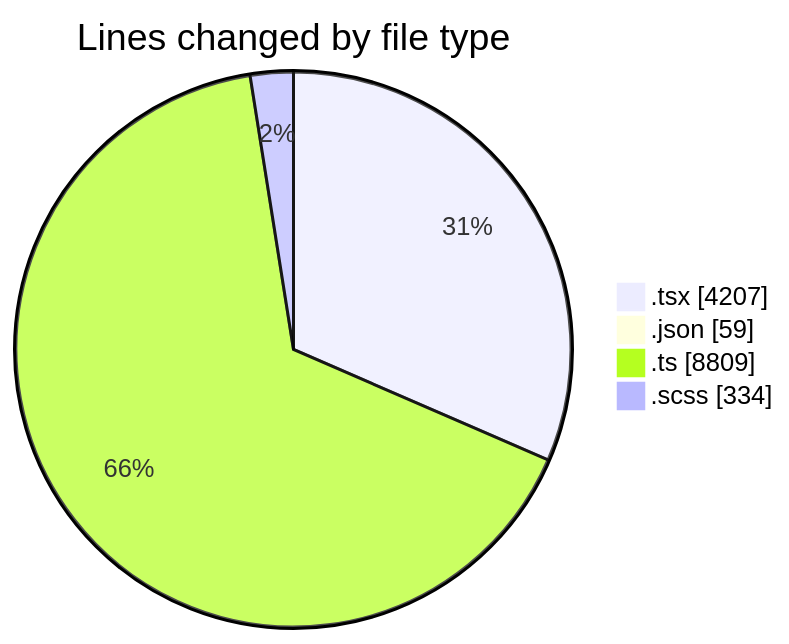
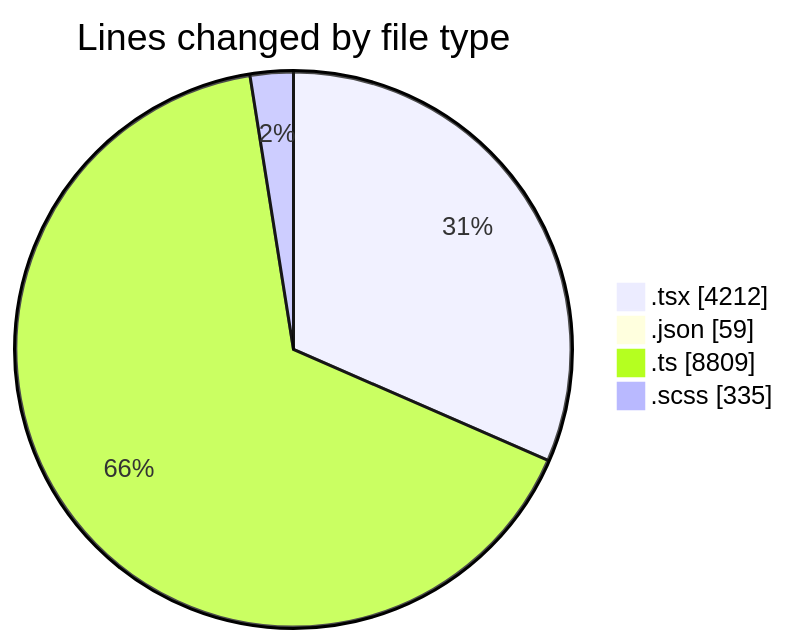
The first of 2 diagrams in 2025-11-24/cda/README.md (momahboobian/code-tracking), drawn with Mermaid before and after one commit. The commit also changed other lines of this file and 1 other file, not shown here.

````diff
--- a/2025-11-24/cda/README.md
+++ b/2025-11-24/cda/README.md
@@ -35,8 +35,8 @@
 ```mermaid
 pie showData
 title Lines changed by file type
-".tsx" : 4207
+".tsx" : 4212
 ".json" : 59
 ".ts" : 8809
-".scss" : 334
+".scss" : 335
 ```
````
